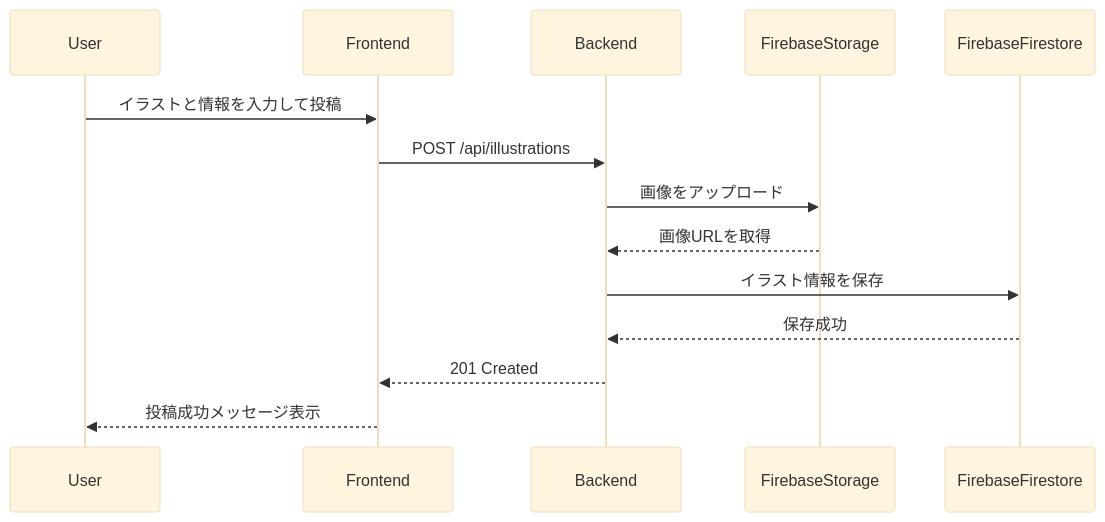
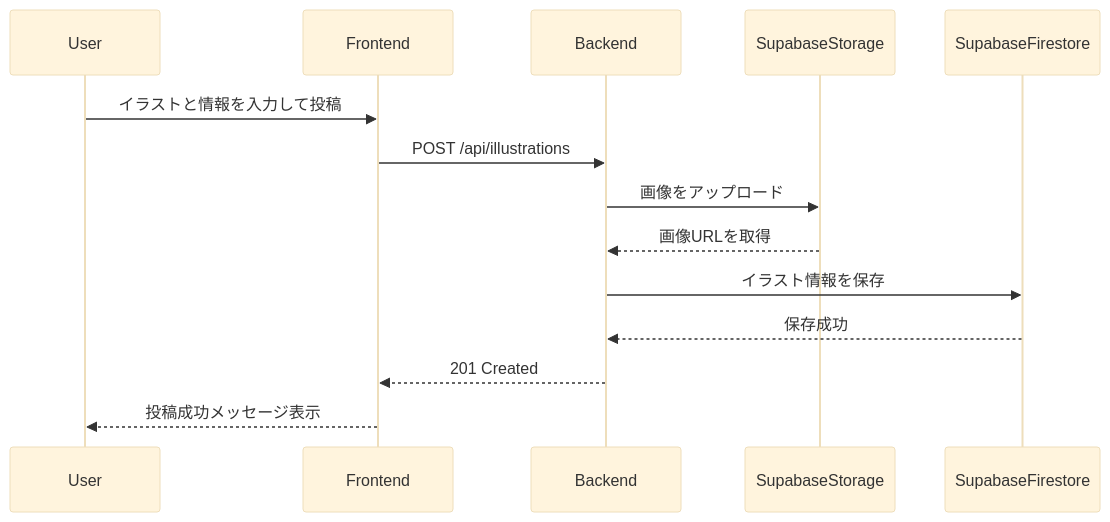
One commit to c-a-c/CAC-image-post changed the third of 6 diagrams in documents/詳細設計書.md. Above: the diagram before and after it, drawn with Mermaid (base theme). The commit also changed other lines of this file and 10 other files, not shown here.

Commit message:
update: supabaseの採用、ER図の追加

````diff
--- a/documents/詳細設計書.md
+++ b/documents/詳細設計書.md
@@ -197,17 +197,17 @@
 ```mermaid
 sequenceDiagram
     participant User
     participant Frontend
     participant Backend
-    participant FirebaseStorage
-    participant FirebaseFirestore
+    participant SupabaseStorage
+    participant SupabaseFirestore
 
     User->>Frontend: イラストと情報を入力して投稿
     Frontend->>Backend: POST /api/illustrations
-    Backend->>FirebaseStorage: 画像をアップロード
-    FirebaseStorage-->>Backend: 画像URLを取得
-    Backend->>FirebaseFirestore: イラスト情報を保存
-    FirebaseFirestore-->>Backend: 保存成功
+    Backend->>SupabaseStorage: 画像をアップロード
+    SupabaseStorage-->>Backend: 画像URLを取得
+    Backend->>SupabaseFirestore: イラスト情報を保存
+    SupabaseFirestore-->>Backend: 保存成功
     Backend-->>Frontend: 201 Created
     Frontend-->>User: 投稿成功メッセージ表示
 ```
````
